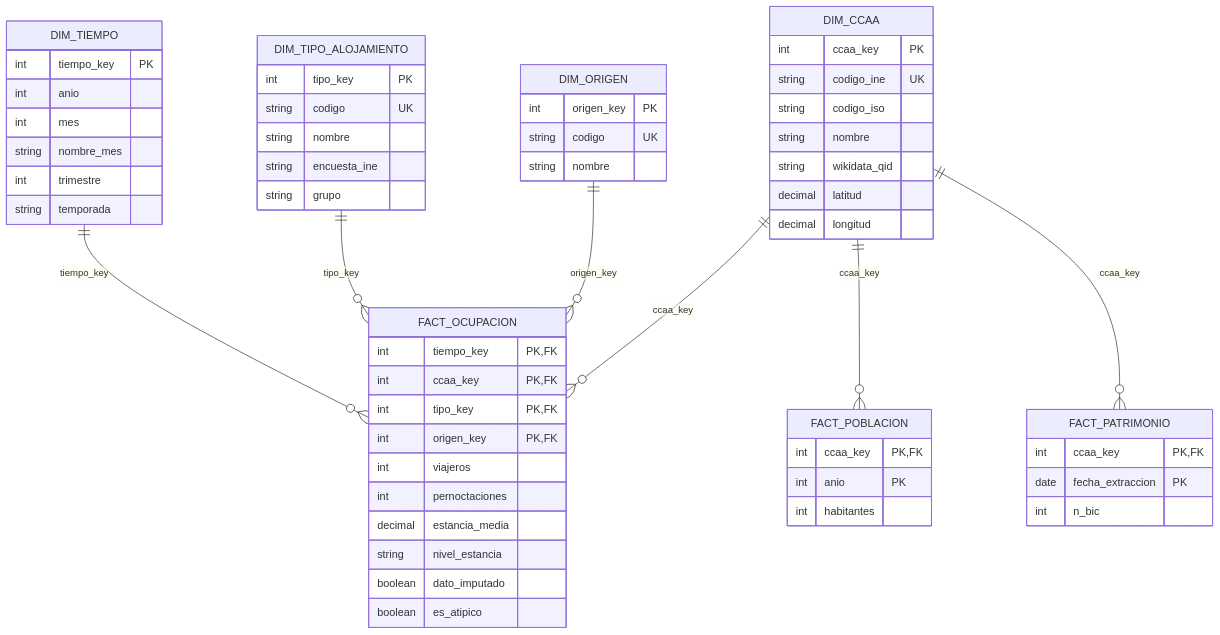
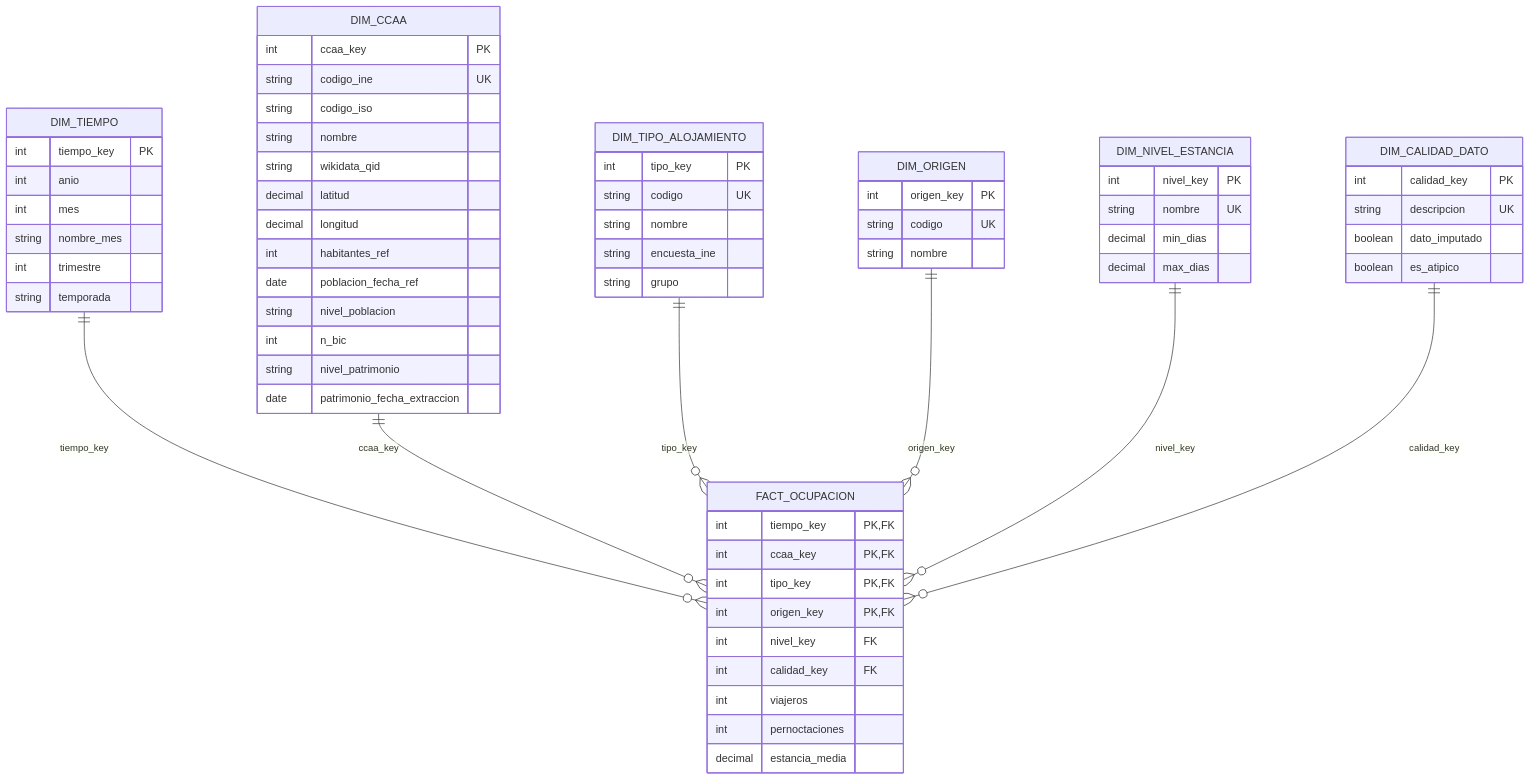
The first of 2 diagrams in README.md (Ismael-Escribano/apd_practica), drawn with Mermaid before and after one commit. The commit also changed other lines of this file and 29 other files, not shown here.

````diff
--- a/README.md
+++ b/README.md
@@ -198,61 +242,68 @@
 ```mermaid
 erDiagram
     DIM_TIEMPO ||--o{ FACT_OCUPACION : tiempo_key
     DIM_CCAA ||--o{ FACT_OCUPACION : ccaa_key
     DIM_TIPO_ALOJAMIENTO ||--o{ FACT_OCUPACION : tipo_key
     DIM_ORIGEN ||--o{ FACT_OCUPACION : origen_key
-    DIM_CCAA ||--o{ FACT_POBLACION : ccaa_key
-    DIM_CCAA ||--o{ FACT_PATRIMONIO : ccaa_key
+    DIM_NIVEL_ESTANCIA ||--o{ FACT_OCUPACION : nivel_key
+    DIM_CALIDAD_DATO ||--o{ FACT_OCUPACION : calidad_key
 
+    FACT_OCUPACION {
+        int tiempo_key PK, FK
+        int ccaa_key PK, FK
+        int tipo_key PK, FK
+        int origen_key PK, FK
+        int nivel_key FK
+        int calidad_key FK
+        int viajeros
+        int pernoctaciones
+        decimal estancia_media
+    }
     DIM_TIEMPO {
         int tiempo_key PK
         int anio
         int mes
         string nombre_mes
         int trimestre
         string temporada
     }
     DIM_CCAA {
         int ccaa_key PK
         string codigo_ine UK
         string codigo_iso
         string nombre
         string wikidata_qid
         decimal latitud
         decimal longitud
+        int habitantes_ref
+        date poblacion_fecha_ref
+        string nivel_poblacion
+        int n_bic
+        string nivel_patrimonio
+        date patrimonio_fecha_extraccion
     }
     DIM_TIPO_ALOJAMIENTO {
         int tipo_key PK
         string codigo UK
         string nombre
         string encuesta_ine
         string grupo
     }
     DIM_ORIGEN {
         int origen_key PK
         string codigo UK
         string nombre
     }
-    FACT_OCUPACION {
-        int tiempo_key PK, FK
-        int ccaa_key PK, FK
-        int tipo_key PK, FK
-        int origen_key PK, FK
-        int viajeros
-        int pernoctaciones
-        decimal estancia_media
-        string nivel_estancia
+    DIM_NIVEL_ESTANCIA {
+        int nivel_key PK
+        string nombre UK
+        decimal min_dias
+        decimal max_dias
+    }
+    DIM_CALIDAD_DATO {
+        int calidad_key PK
+        string descripcion UK
         boolean dato_imputado
         boolean es_atipico
     }
-    FACT_POBLACION {
-        int ccaa_key PK, FK
-        int anio PK
-        int habitantes
-    }
-    FACT_PATRIMONIO {
-        int ccaa_key PK, FK
-        date fecha_extraccion PK
-        int n_bic
-    }
 ```
````
